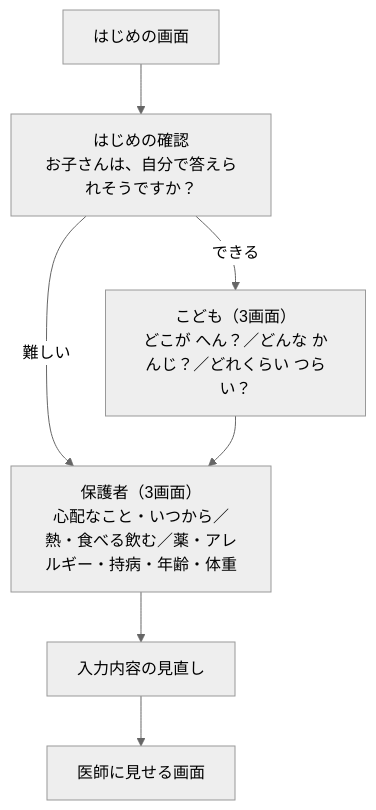
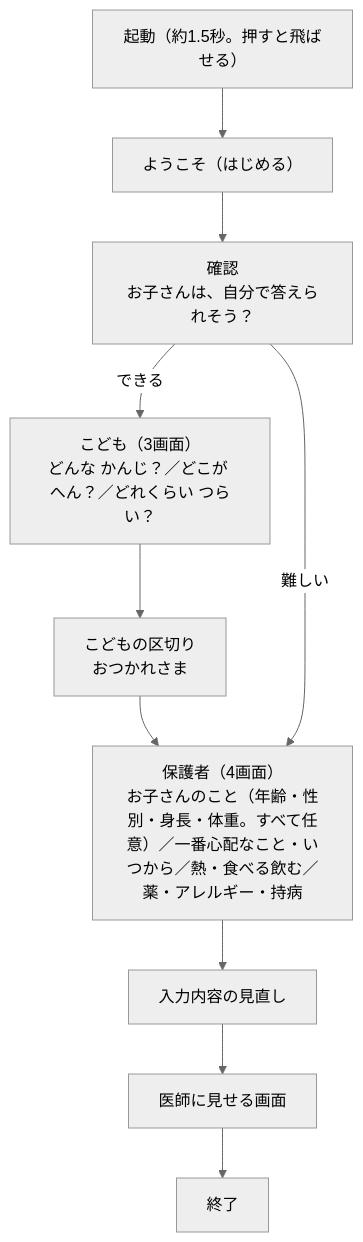
The first of 2 diagrams in README.md (Devfest-Hackathon-2026/df-2026-t188), drawn with Mermaid (neutral theme) before and after one commit. The commit also changed other lines of this file and 2 other files, not shown here.

````diff
--- a/README.md
+++ b/README.md
@@ -24,9 +26,12 @@
 ```mermaid
 flowchart TD
-  A["はじめの画面"] --> B["はじめの確認<br/>お子さんは、自分で答えられそうですか？"]
-  B -- "できる" --> C["こども（3画面）<br/>どこが へん？／どんな かんじ？／どれくらい つらい？"]
-  B -- "難しい" --> D
-  C --> D["保護者（3画面）<br/>心配なこと・いつから／熱・食べる飲む／薬・アレルギー・持病・年齢・体重"]
+  S["起動（約1.5秒。押すと飛ばせる）"] --> A["ようこそ（はじめる）"]
+  A --> B["確認<br/>お子さんは、自分で答えられそう？"]
+  B -- "できる" --> C["こども（3画面）<br/>どんな かんじ？／どこが へん？／どれくらい つらい？"]
+  C --> K["こどもの区切り<br/>おつかれさま"]
+  K --> D
+  B -- "難しい" --> D["保護者（4画面）<br/>お子さんのこと（年齢・性別・身長・体重。すべて任意）／一番心配なこと・いつから／熱・食べる飲む／薬・アレルギー・持病"]
   D --> E["入力内容の見直し"]
   E --> F["医師に見せる画面"]
+  F --> G["終了"]
 ```
````
